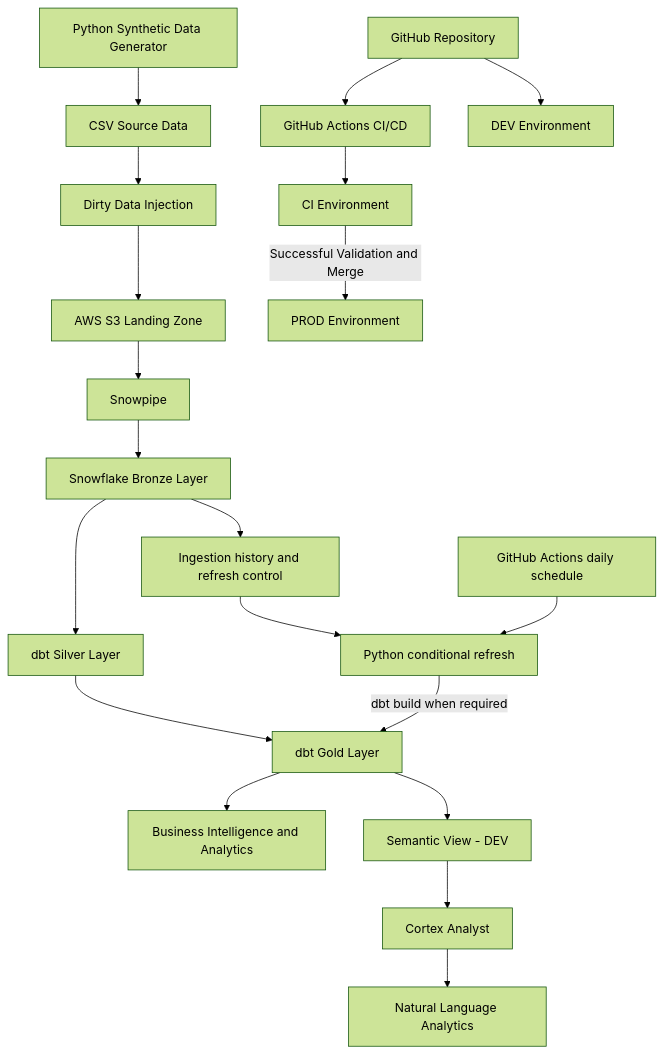
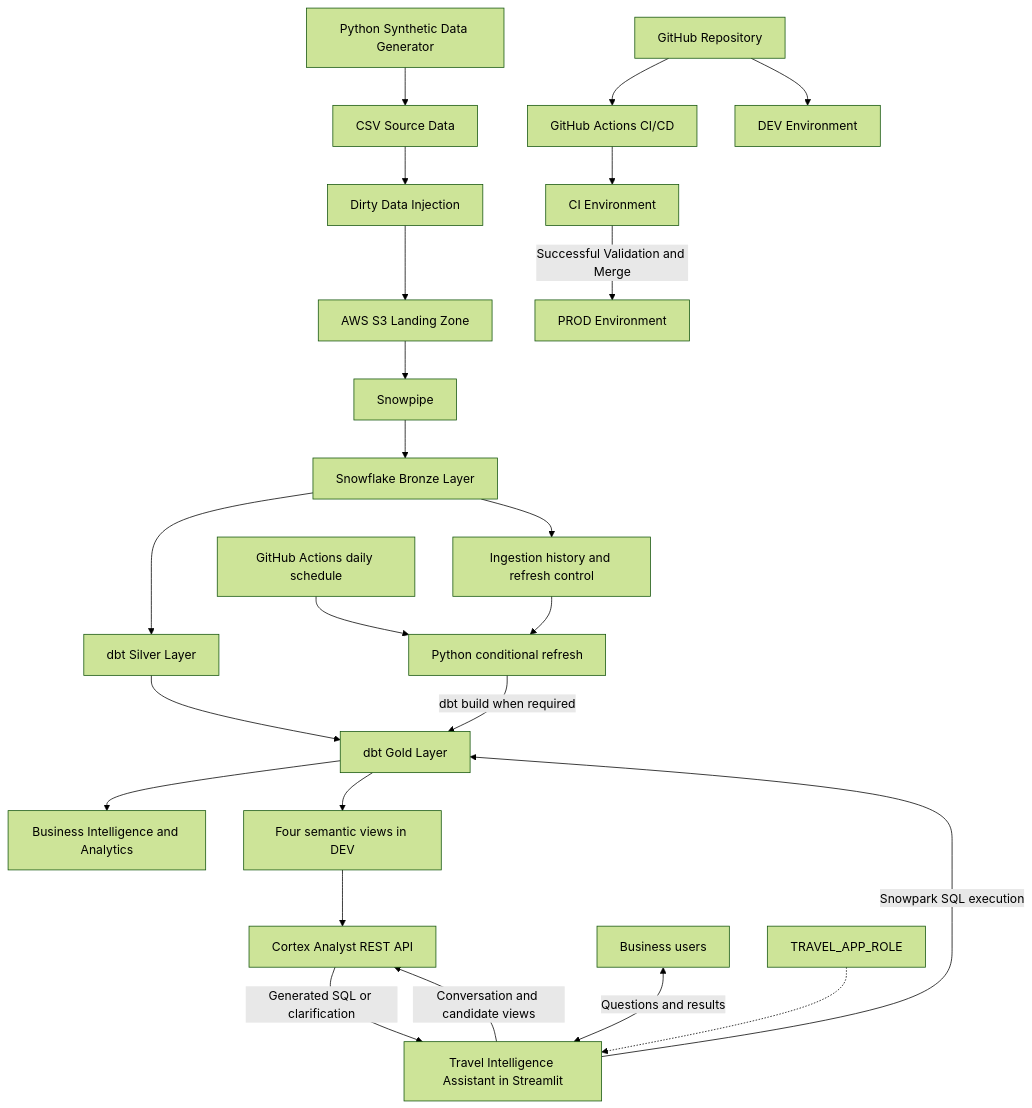
The first of 6 diagrams in README.md (youkeefan/travel-data-platform), drawn with Mermaid (forest theme) before and after one commit. The commit also changed other lines of this file and 3 other files, not shown here.

Commit message:
feat: add Streamlit AI analytics assistant with RBAC

````diff
--- a/README.md
+++ b/README.md
@@ -88,39 +92,43 @@
 ```mermaid
 flowchart TD
     A[Python Synthetic Data Generator]
     B[CSV Source Data]
     C[Dirty Data Injection]
     D[AWS S3 Landing Zone]
     E[Snowpipe]
     F[Snowflake Bronze Layer]
     G[dbt Silver Layer]
     H[dbt Gold Layer]
     I[Business Intelligence and Analytics]
 
     A --> B
     B --> C
     C --> D
     D --> E
     E --> F
     F --> G
     G --> H
     F --> R[Ingestion history and refresh control]
     R --> S[Python conditional refresh]
     T[GitHub Actions daily schedule] --> S
     S -->|dbt build when required| H
     H --> I
-    H --> O[Semantic View - DEV]
-    O --> P[Cortex Analyst]
-    P --> Q[Natural Language Analytics]
+    H --> O[Four semantic views in DEV]
+    O --> P[Cortex Analyst REST API]
+    P -->|Generated SQL or clarification| Q[Travel Intelligence Assistant in Streamlit]
+    U[Business users] <-->|Questions and results| Q
+    Q -->|Conversation and candidate views| P
+    Q -->|Snowpark SQL execution| H
+    V[TRAVEL_APP_ROLE] -.-> Q
 
     J[GitHub Repository]
     K[GitHub Actions CI/CD]
     L[DEV Environment]
     M[CI Environment]
     N[PROD Environment]
 
     J --> K
     J --> L
     K --> M
     M -->|Successful Validation and Merge| N
 ```
````
